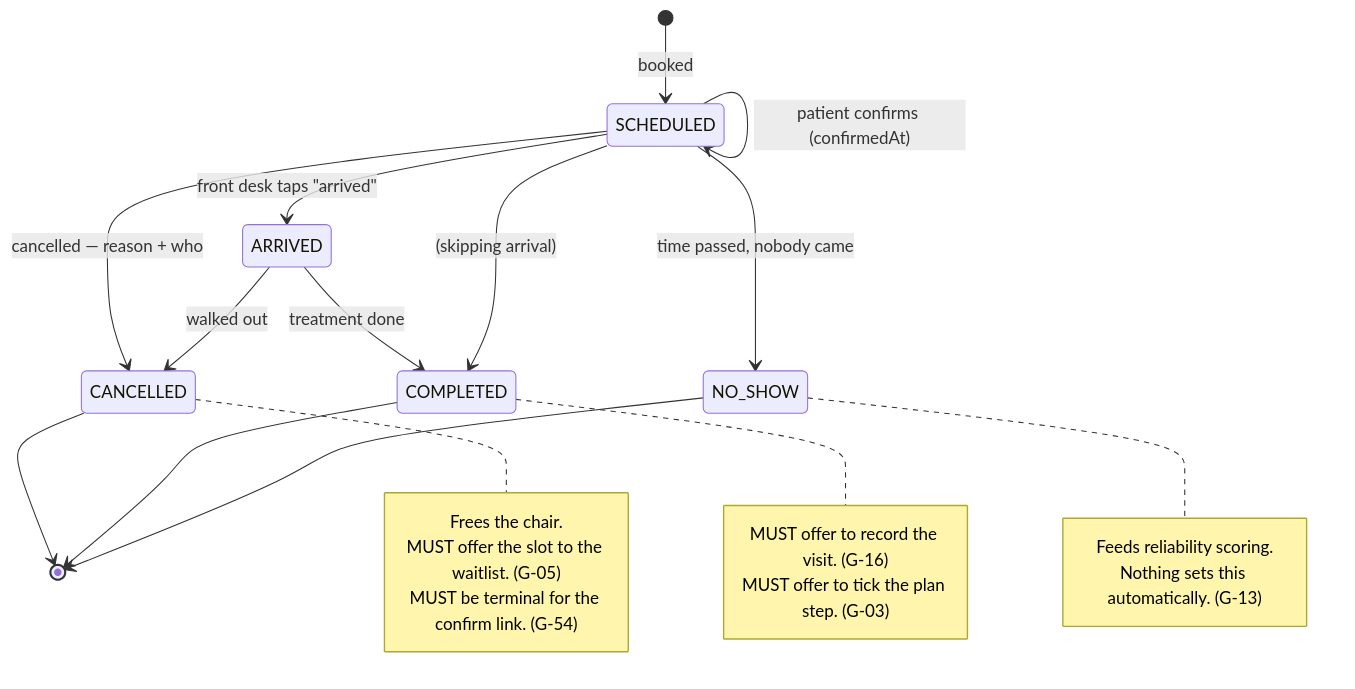
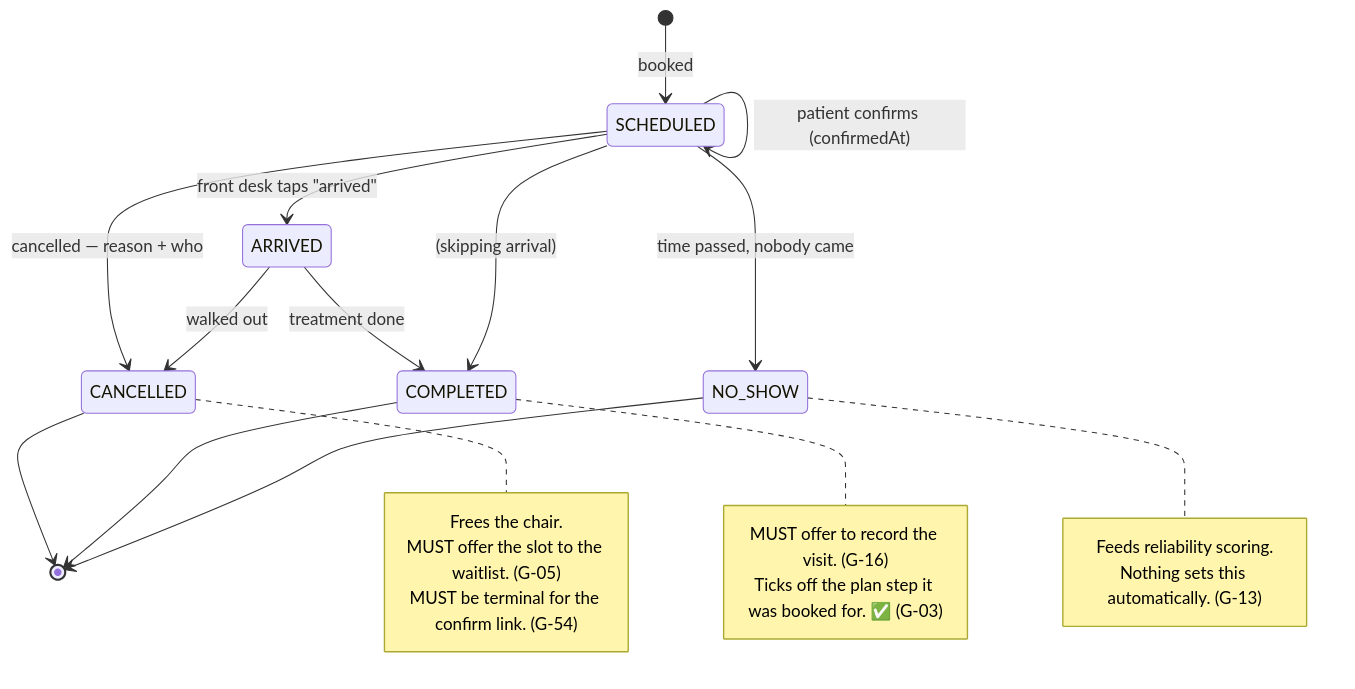
One commit to kristi2002/Dental changed the third of 6 diagrams in docs/APP-BLUEPRINT.md. Above: the diagram before and after it, drawn with Mermaid. The commit also changed other lines of this file and 48 other files, not shown here.

````diff
--- a/docs/APP-BLUEPRINT.md
+++ b/docs/APP-BLUEPRINT.md
@@ -1507,30 +1528,30 @@
 ```mermaid
 stateDiagram-v2
     [*] --> SCHEDULED: booked
     SCHEDULED --> SCHEDULED: patient confirms (confirmedAt)
     SCHEDULED --> ARRIVED: front desk taps "arrived"
     ARRIVED --> COMPLETED: treatment done
     SCHEDULED --> COMPLETED: (skipping arrival)
     SCHEDULED --> CANCELLED: cancelled — reason + who
     ARRIVED --> CANCELLED: walked out
     SCHEDULED --> NO_SHOW: time passed, nobody came
     CANCELLED --> [*]
     COMPLETED --> [*]
     NO_SHOW --> [*]
 
     note right of CANCELLED
         Frees the chair.
         MUST offer the slot to the waitlist. (G-05)
         MUST be terminal for the confirm link. (G-54)
     end note
 
     note right of COMPLETED
         MUST offer to record the visit. (G-16)
-        MUST offer to tick the plan step. (G-03)
+        Ticks off the plan step it was booked for. ✅ (G-03)
     end note
 
     note right of NO_SHOW
         Feeds reliability scoring.
         Nothing sets this automatically. (G-13)
     end note
 ```
````
